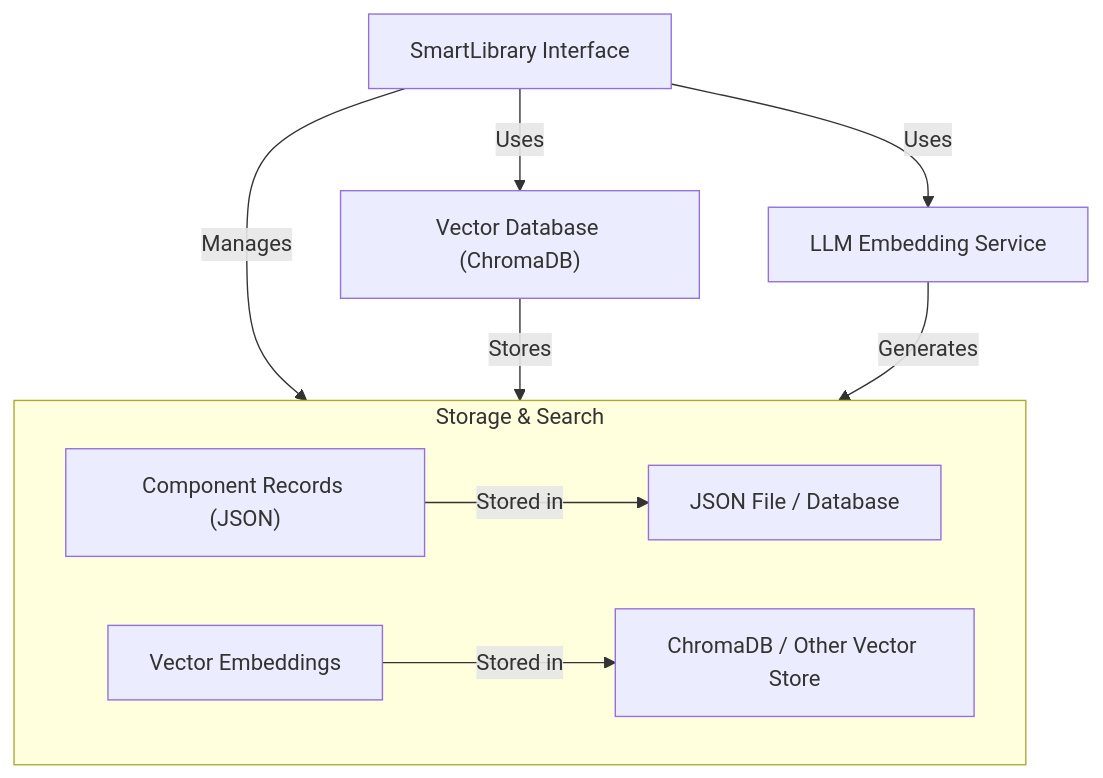
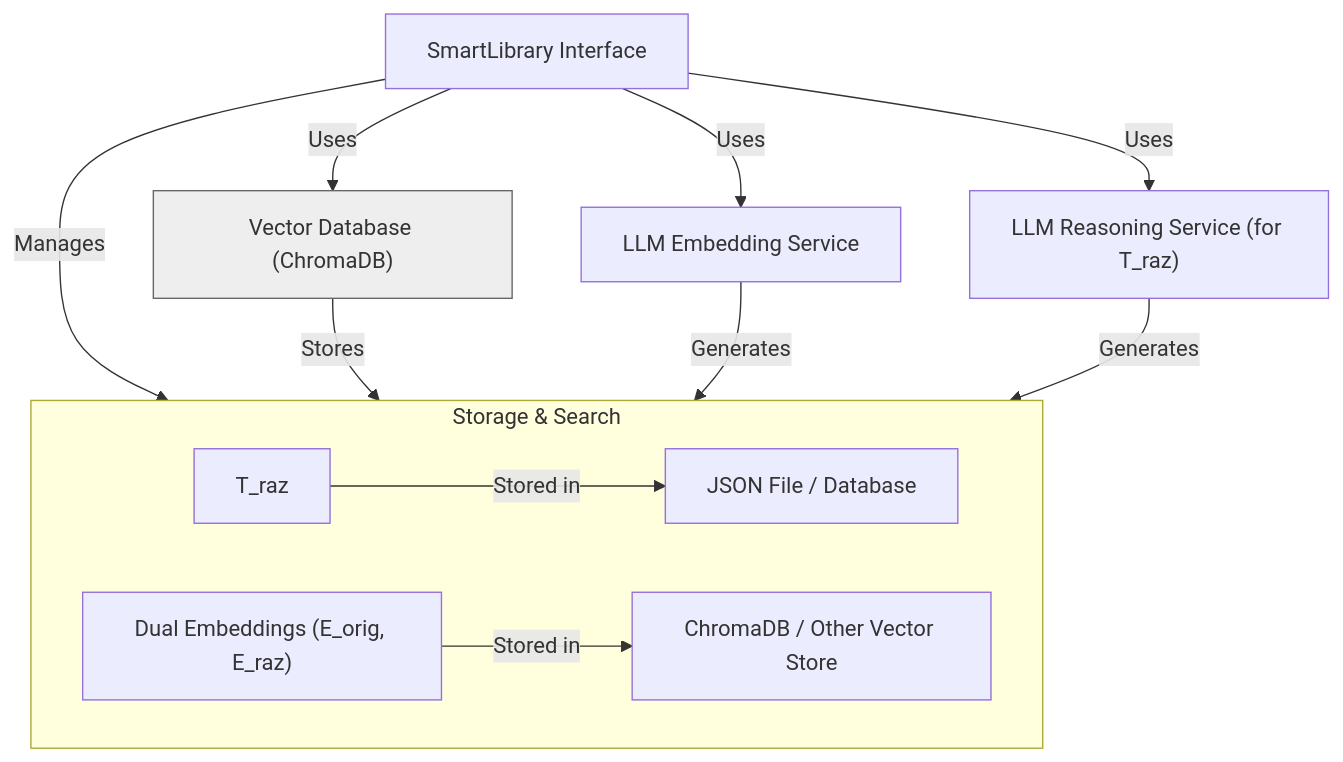
The second of 8 diagrams in docs/ARCHITECTURE.md (matiasmolinas/evolving-agents), drawn with Mermaid before and after one commit. The commit also changed other lines of this file and 1 other file, not shown here.

Commit message:
updated README.md and ARCHITECTURE.md

````diff
--- a/docs/ARCHITECTURE.md
+++ b/docs/ARCHITECTURE.md
@@ -88,15 +93,19 @@
 ```mermaid
 graph TD
-    SLI["SmartLibrary Interface"] -->|Manages| Records["Component Records (JSON)"]
-    SLI -->|Uses| VDB["Vector Database (ChromaDB)"]
-    VDB -->|Stores| Embeddings["Vector Embeddings"]
+    SLI["SmartLibrary Interface"] -->|Manages| Records["Component Records (JSON)\n(T_orig, T_raz)"]
+    SLI -->|Uses| VDB["Vector Database (ChromaDB)"]:::infra
+    VDB -->|Stores| DualEmbeddings["Dual Embeddings (E_orig, E_raz)"]
     SLI -->|Uses| LLMEmb["LLM Embedding Service"]
+    SLI -->|Uses| LLMReason["LLM Reasoning Service (for T_raz)"]
 
     subgraph Storage & Search
         direction LR
         Records -- Stored in --> StorageBackend["JSON File / Database"]
-        Embeddings -- Stored in --> VectorDBBackend["ChromaDB / Other Vector Store"]
+        DualEmbeddings -- Stored in --> VectorDBBackend["ChromaDB / Other Vector Store"]
     end
 
-    LLMEmb -- Generates --> Embeddings
+    LLMEmb -- Generates --> DualEmbeddings
+    LLMReason -- Generates --> Records[T_raz]
+
+    classDef infra fill:#eee,stroke:#666,stroke-width:1px,color:#333;
 ```
````
